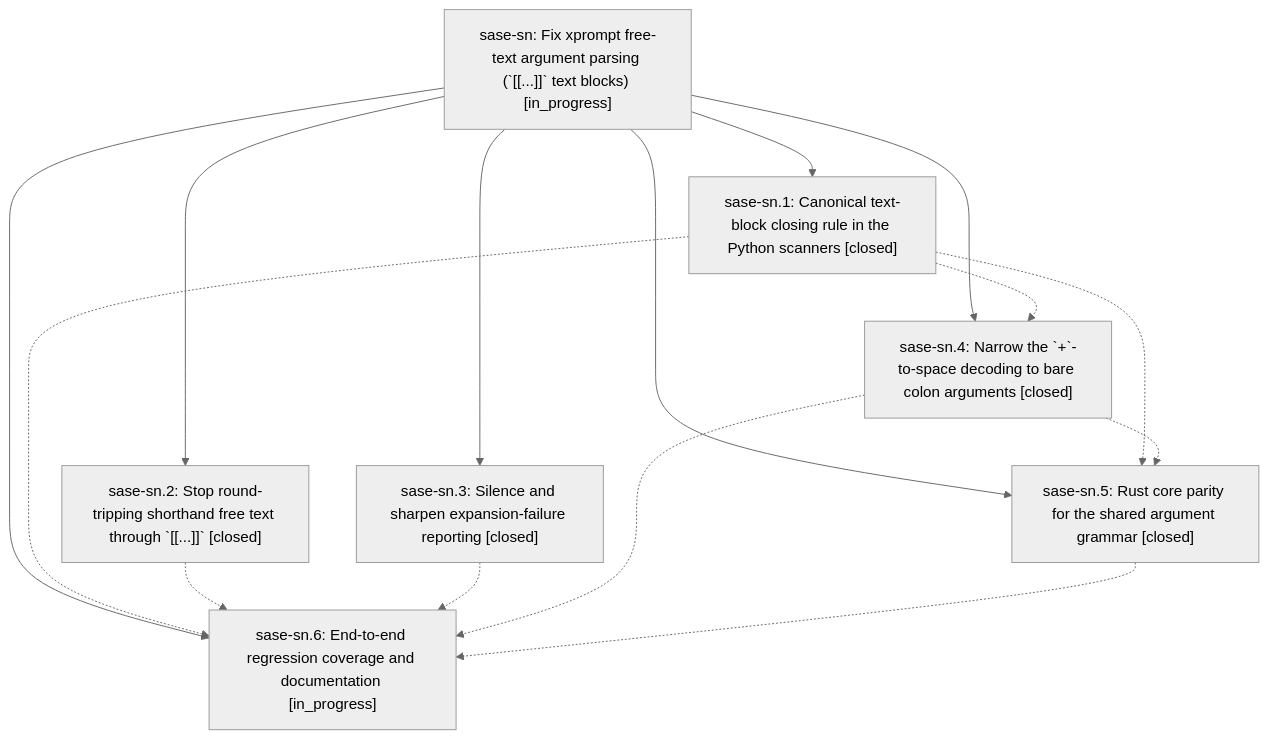
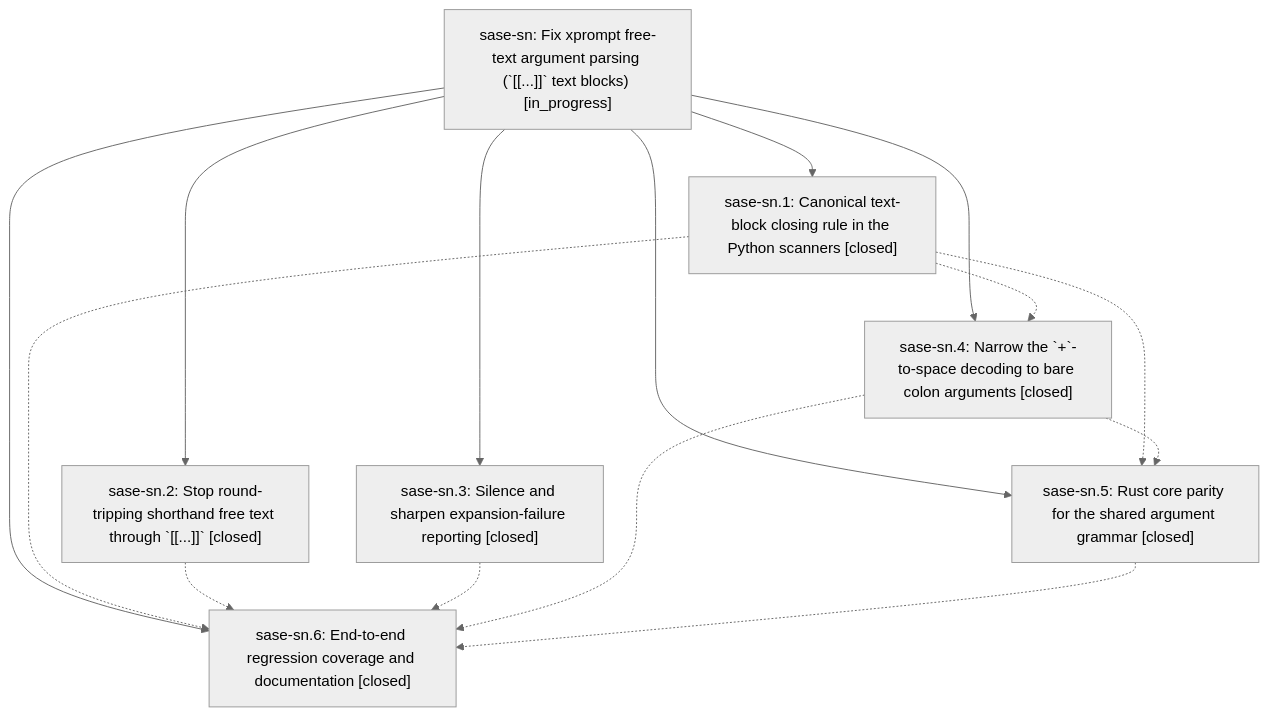
One commit to sase-org/sase--beads changed the diagram in pages/sase-sn/README.md. Above: the diagram before and after it, drawn with Mermaid (neutral theme). The commit also changed other lines of this file and 6 other files, not shown here.

````diff
--- a/pages/sase-sn/README.md
+++ b/pages/sase-sn/README.md
@@ -27,24 +27,24 @@
 ```mermaid
 flowchart TD
     n0["sase-sn: Fix xprompt free-text argument parsing (`[[...]]` text blocks) [in_progress]"]
     n1["sase-sn.1: Canonical text-block closing rule in the Python scanners [closed]"]
     n2["sase-sn.2: Stop round-tripping shorthand free text through `[[...]]` [closed]"]
     n3["sase-sn.3: Silence and sharpen expansion-failure reporting [closed]"]
     n4["sase-sn.4: Narrow the `+`-to-space decoding to bare colon arguments [closed]"]
     n5["sase-sn.5: Rust core parity for the shared argument grammar [closed]"]
-    n6["sase-sn.6: End-to-end regression coverage and documentation [in_progress]"]
+    n6["sase-sn.6: End-to-end regression coverage and documentation [closed]"]
     n0 --> n1
     n0 --> n2
     n0 --> n3
     n0 --> n4
     n0 --> n5
     n0 --> n6
     n1 -.-> n4
     n1 -.-> n5
     n1 -.-> n6
     n2 -.-> n6
     n3 -.-> n6
     n4 -.-> n5
     n4 -.-> n6
     n5 -.-> n6
 ```
````
